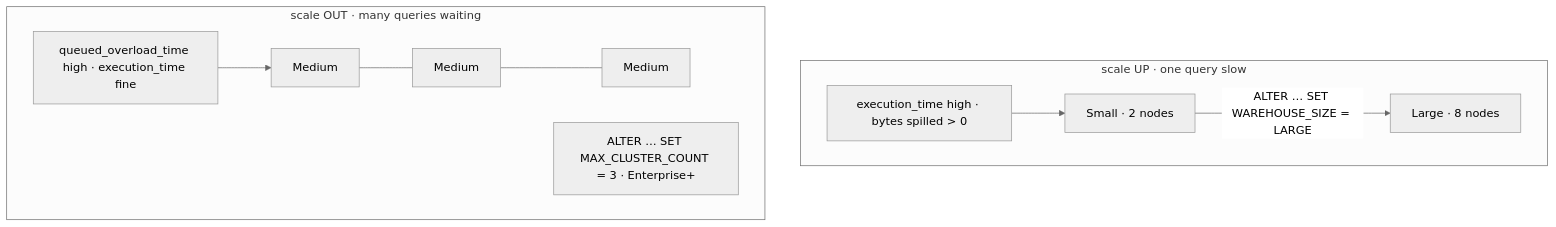
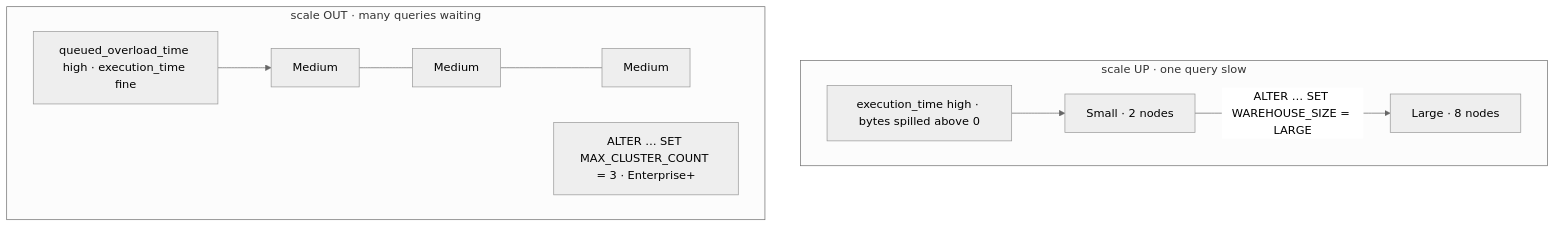
The diagram in vault/Concepts/Scaling Up vs Scaling Out.md (damian0o/learn_snowflake), drawn with Mermaid (neutral theme) before and after one commit. The commit also changed 5 other files, not shown here.

First line of the commit message:
ci: pitch check joins the gate; docs; Mermaid-safe labels

````diff
--- a/vault/Concepts/Scaling Up vs Scaling Out.md
+++ b/vault/Concepts/Scaling Up vs Scaling Out.md
@@ -9,12 +9,12 @@
 ```mermaid
 flowchart TB
   subgraph UP[scale UP · one query slow]
     S1[Small · 2 nodes] -->|ALTER … SET WAREHOUSE_SIZE = LARGE| L1[Large · 8 nodes]
-    sym1[execution_time high · bytes spilled > 0] --> S1
+    sym1[execution_time high · bytes spilled above 0] --> S1
   end
   subgraph OUT[scale OUT · many queries waiting]
     M1[Medium] --- M2[Medium] --- M3[Medium]
     sym2[queued_overload_time high · execution_time fine] --> M1
     note[ALTER … SET MAX_CLUSTER_COUNT = 3 · Enterprise+]
   end
 ```
````
